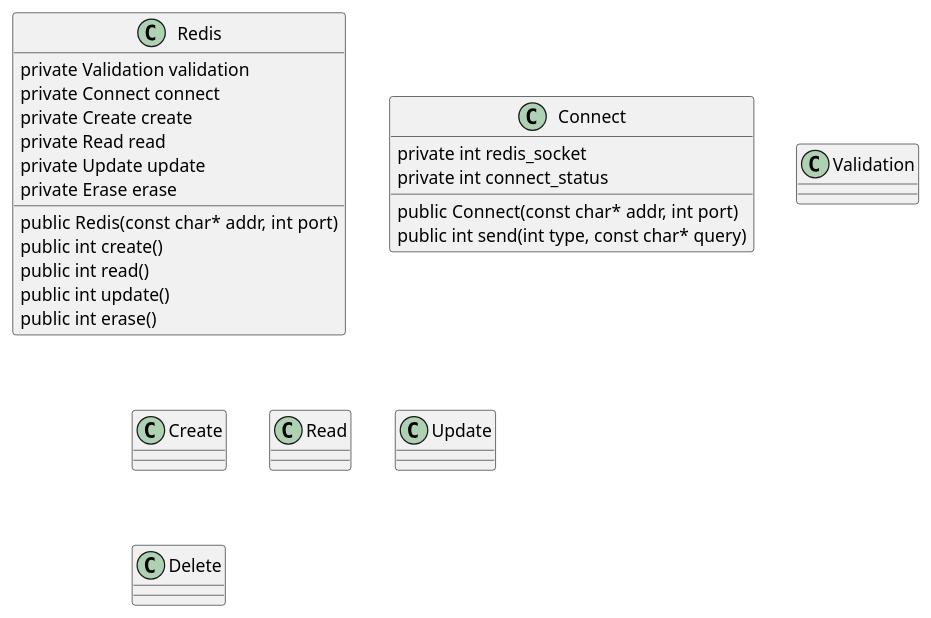
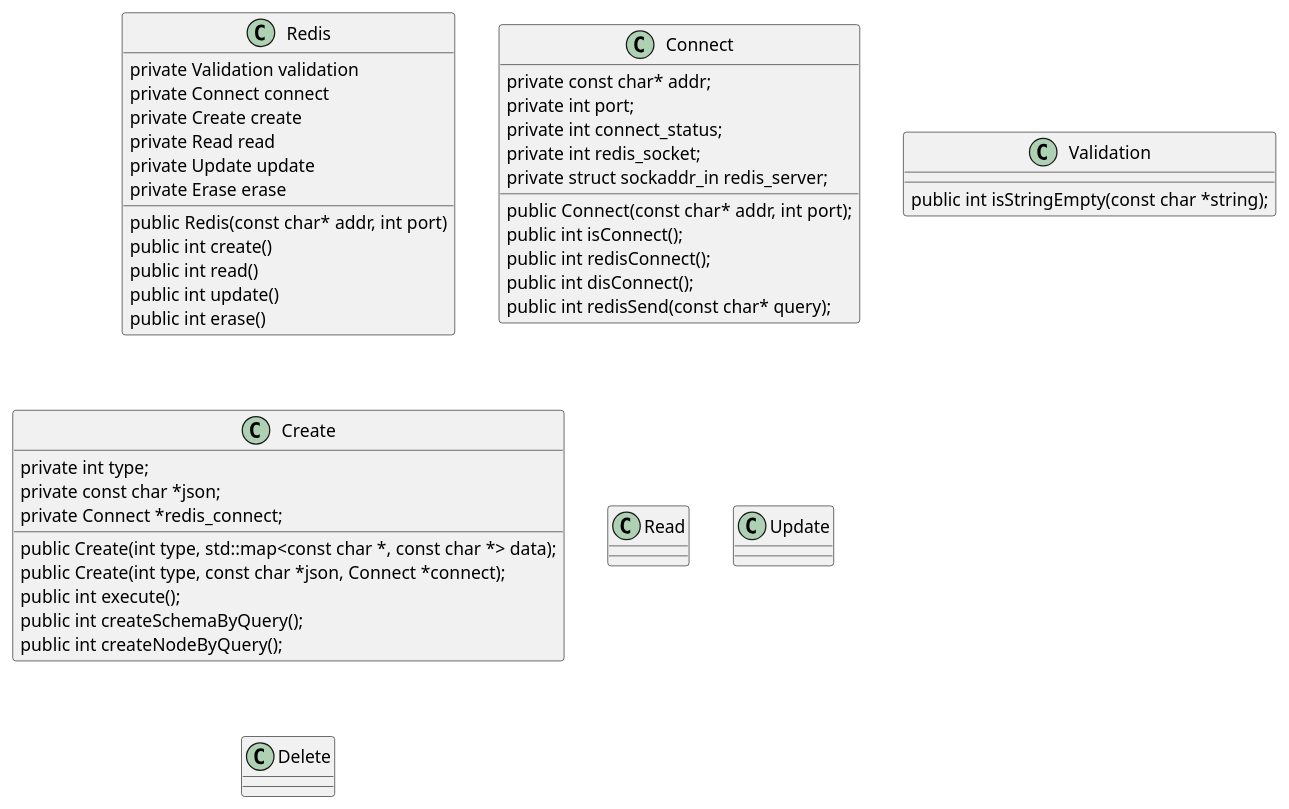
The diagram in doc/class.puml (pymc20/redis), drawn with PlantUML before and after one commit.

```diff
--- a/doc/class.puml
+++ b/doc/class.puml
@@ -1,26 +1,47 @@
 @startuml uml
-class Redis {
+class Redis
+{
     private Validation validation
     private Connect connect
     private Create create
     private Read read
     private Update update
     private Erase erase
     public Redis(const char* addr, int port)
     public int create()
     public int read()
     public int update()
     public int erase()
 }
-class Connect {
-    private int redis_socket
-    private int connect_status
-    public Connect(const char* addr, int port)
-    public int send(int type, const char* query)
+class Connect
+{
+    private const char* addr;
+    private int port;
+    private int connect_status;
+    private int redis_socket;
+    private struct sockaddr_in redis_server;
+    public Connect(const char* addr, int port);
+    public int isConnect();
+    public int redisConnect();
+    public int disConnect();
+    public int redisSend(const char* query);
 }
 class Validation
+{
+    public int isStringEmpty(const char *string);
+}
 class Create
+{
+    private int type;
+    private const char *json;
+    private Connect *redis_connect;
+    public Create(int type, std::map<const char *, const char *> data);
+    public Create(int type, const char *json, Connect *connect);
+    public int execute();
+    public int createSchemaByQuery();
+    public int createNodeByQuery();
+}
 class Read
 class Update
 class Delete
 @enduml
```
